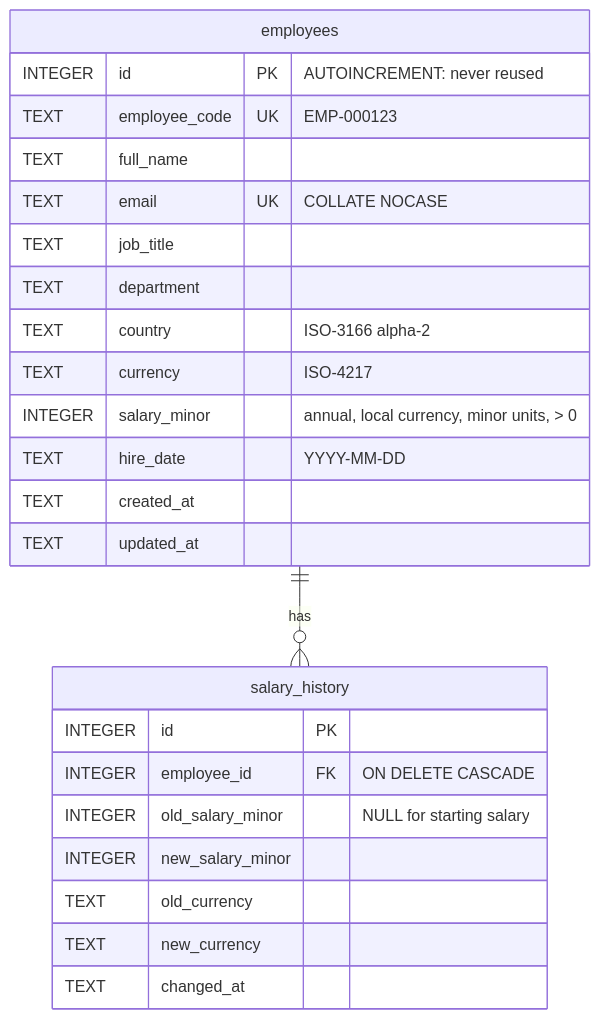
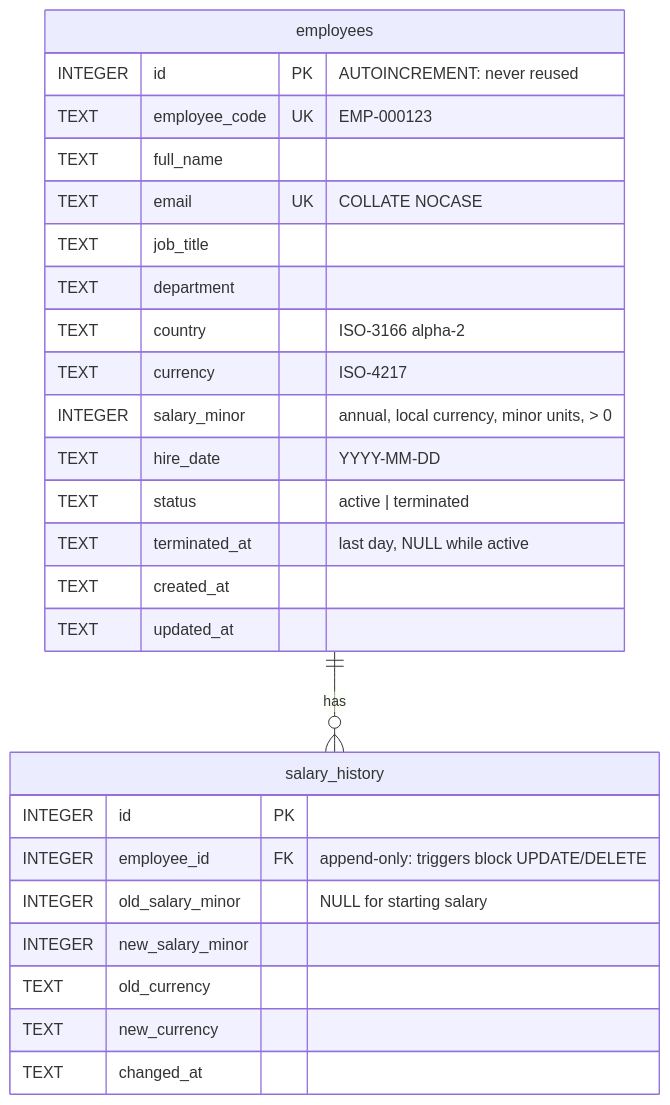
The second of 2 diagrams in docs/architecture.md (ManpreetJain1000/acme-salary), drawn with Mermaid before and after one commit. The commit also changed other lines of this file and 6 other files, not shown here.

First line of the commit message:
docs: reconcile decisions, requirements and architecture with the code

````diff
--- a/docs/architecture.md
+++ b/docs/architecture.md
@@ -31,27 +31,29 @@
 ```mermaid
 erDiagram
   employees ||--o{ salary_history : "has"
   employees {
     INTEGER id PK "AUTOINCREMENT: never reused"
     TEXT employee_code UK "EMP-000123"
     TEXT full_name
     TEXT email UK "COLLATE NOCASE"
     TEXT job_title
     TEXT department
     TEXT country "ISO-3166 alpha-2"
     TEXT currency "ISO-4217"
     INTEGER salary_minor "annual, local currency, minor units, > 0"
     TEXT hire_date "YYYY-MM-DD"
+    TEXT status "active | terminated"
+    TEXT terminated_at "last day, NULL while active"
     TEXT created_at
     TEXT updated_at
   }
   salary_history {
     INTEGER id PK
-    INTEGER employee_id FK "ON DELETE CASCADE"
+    INTEGER employee_id FK "append-only: triggers block UPDATE/DELETE"
     INTEGER old_salary_minor "NULL for starting salary"
     INTEGER new_salary_minor
     TEXT old_currency
     TEXT new_currency
     TEXT changed_at
   }
 ```
````
